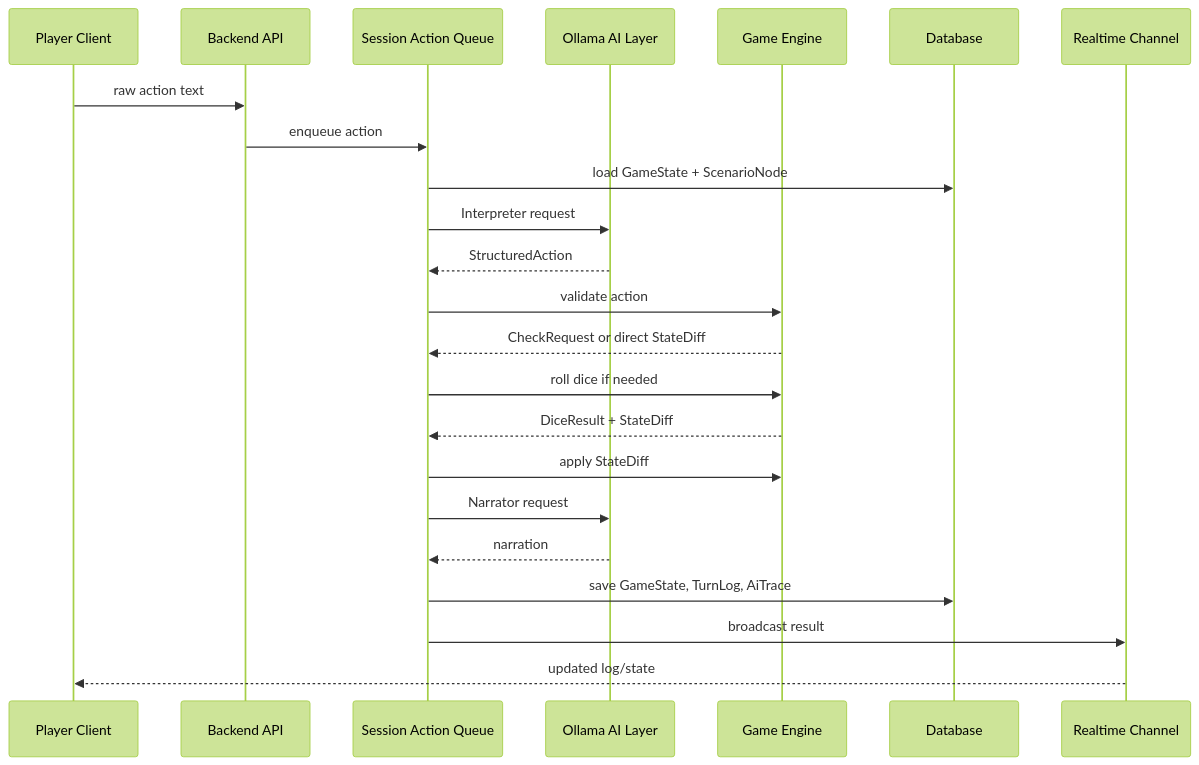
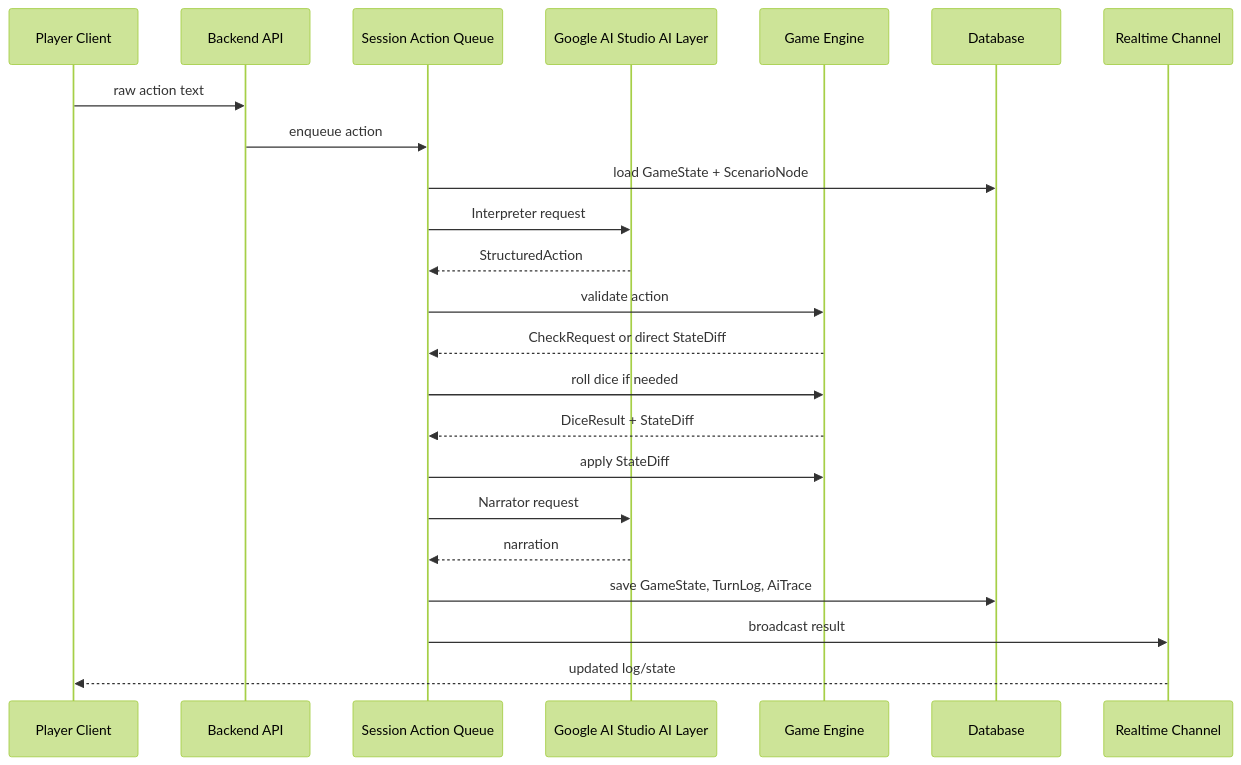
Before and after one commit to online-TRPG/online-TRPG: the diagram in doc/TURN_LOOP.md, drawn with Mermaid (forest theme). The commit also changed other lines of this file and 7 other files, not shown here.

````diff
--- a/doc/TURN_LOOP.md
+++ b/doc/TURN_LOOP.md
@@ -19,26 +19,26 @@
 ```mermaid
 sequenceDiagram
     participant P as Player Client
     participant API as Backend API
     participant Q as Session Action Queue
-    participant AI as Ollama AI Layer
+    participant AI as Google AI Studio AI Layer
     participant ENG as Game Engine
     participant DB as Database
     participant WS as Realtime Channel
 
     P->>API: raw action text
     API->>Q: enqueue action
     Q->>DB: load GameState + ScenarioNode
     Q->>AI: Interpreter request
     AI-->>Q: StructuredAction
     Q->>ENG: validate action
     ENG-->>Q: CheckRequest or direct StateDiff
     Q->>ENG: roll dice if needed
     ENG-->>Q: DiceResult + StateDiff
     Q->>ENG: apply StateDiff
     Q->>AI: Narrator request
     AI-->>Q: narration
     Q->>DB: save GameState, TurnLog, AiTrace
     Q->>WS: broadcast result
     WS-->>P: updated log/state
 ```
````
